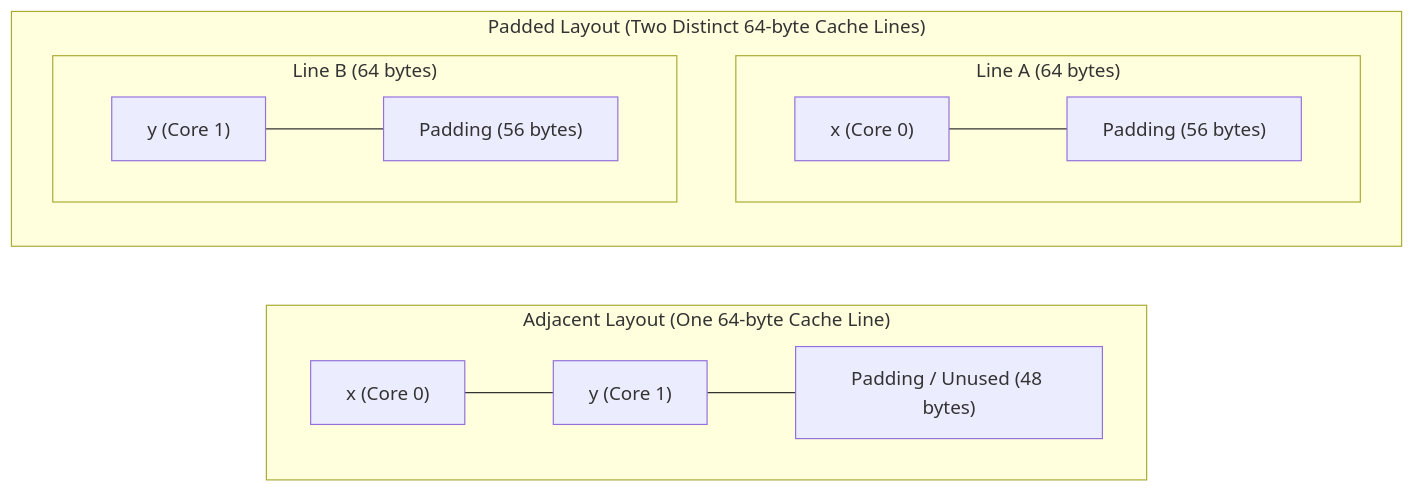
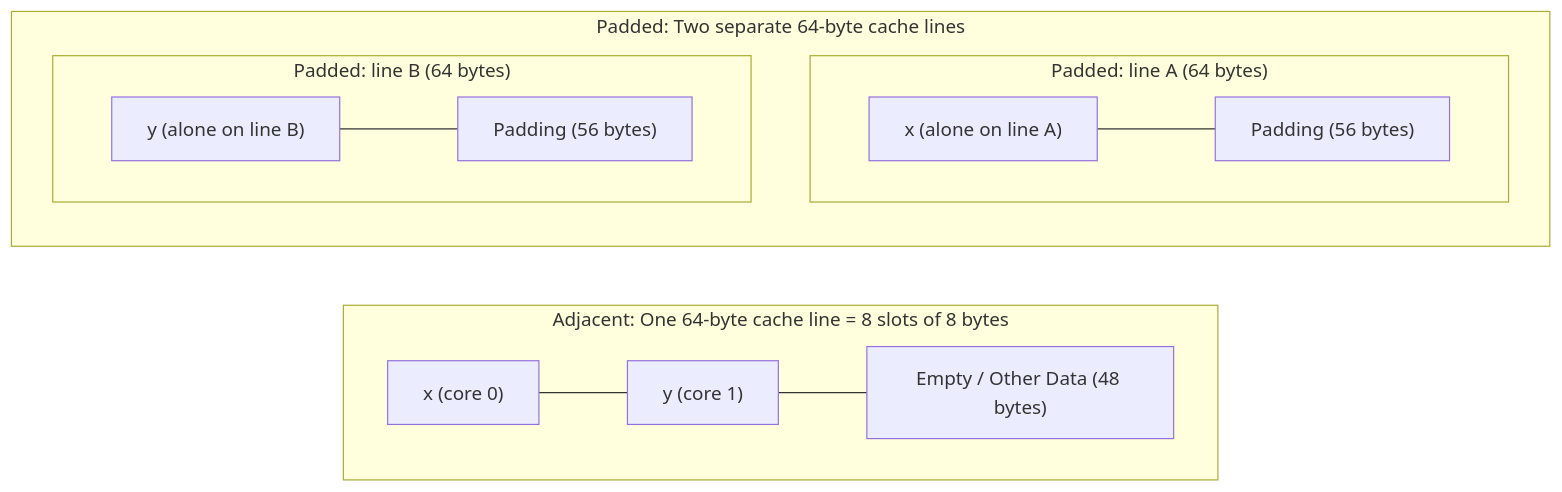
Before and after one commit to manasa-vasare/pgc-cache-coherance: the second of 2 diagrams in README.md, drawn with Mermaid. The commit also changed other lines of this file and 1 other file, not shown here.

````diff
--- a/README.md
+++ b/README.md
@@ -150,17 +140,17 @@
 ```mermaid
 flowchart LR
-    subgraph Adjacent_Layout["Adjacent Layout (One 64-byte Cache Line)"]
+    subgraph Adjacent["Adjacent: One 64-byte cache line = 8 slots of 8 bytes"]
         direction LR
-        A1["x (Core 0)"] --- A2["y (Core 1)"] --- A3["Padding / Unused (48 bytes)"]
+        A_x["x (core 0)"] --- A_y["y (core 1)"] --- A_pad["Empty / Other Data (48 bytes)"]
     end
 
-    subgraph Padded_Layout["Padded Layout (Two Distinct 64-byte Cache Lines)"]
+    subgraph Padded["Padded: Two separate 64-byte cache lines"]
         direction TB
-        subgraph Line_A["Line A (64 bytes)"]
-            P1["x (Core 0)"] --- Pad1["Padding (56 bytes)"]
+        subgraph LineA["Padded: line A (64 bytes)"]
+            P_x["x (alone on line A)"] --- PadA["Padding (56 bytes)"]
         end
-        subgraph Line_B["Line B (64 bytes)"]
-            P2["y (Core 1)"] --- Pad2["Padding (56 bytes)"]
+        subgraph LineB["Padded: line B (64 bytes)"]
+            P_y["y (alone on line B)"] --- PadB["Padding (56 bytes)"]
         end
     end
 ```
````
